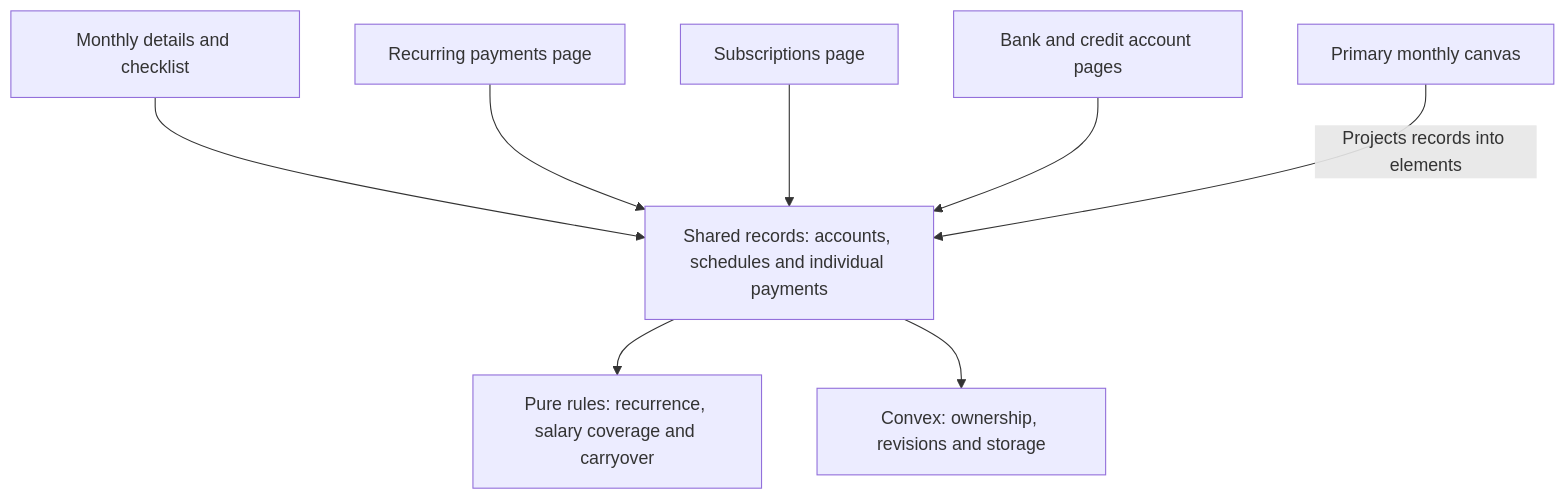
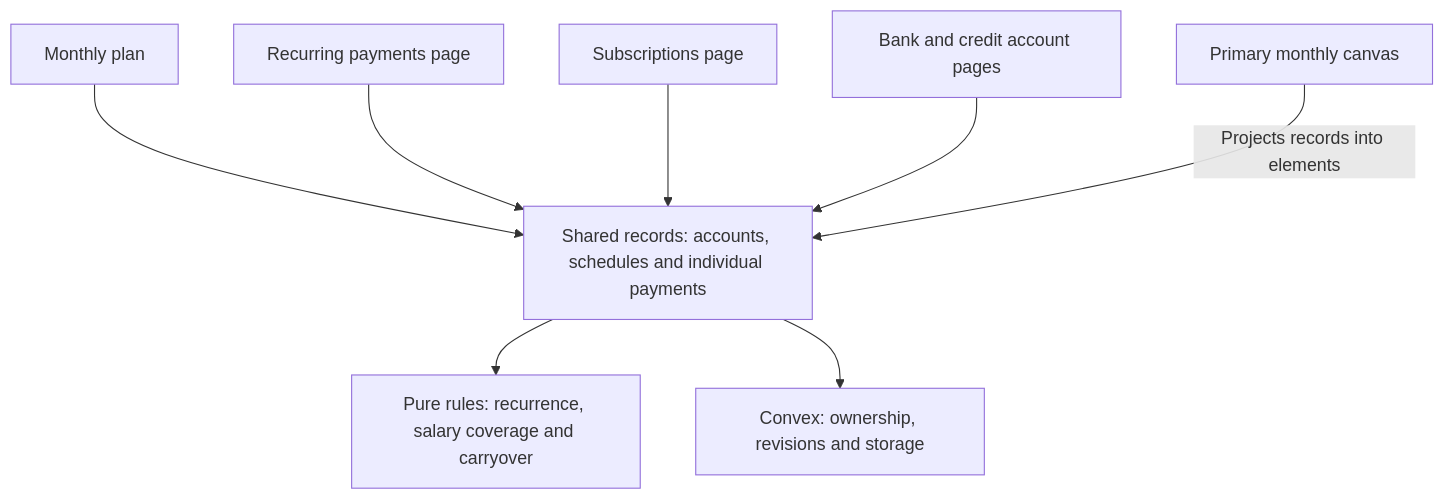
Before and after one commit to chvaldez10/fin-strat: the third of 8 diagrams in personal-dashboard/docs/technical/money-flow-canvas.md, drawn with Mermaid. The commit also changed other lines of this file and 64 other files, not shown here.

````diff
--- a/personal-dashboard/docs/technical/money-flow-canvas.md
+++ b/personal-dashboard/docs/technical/money-flow-canvas.md
@@ -194,19 +199,19 @@
 ```mermaid
 flowchart TD
-    Month["Monthly details and checklist"]
+    Month["Monthly plan"]
     Bills["Recurring payments page"]
     Subs["Subscriptions page"]
     Accounts["Bank and credit account pages"]
     Canvas["Primary monthly canvas"]
     Records["Shared records: accounts, schedules and individual payments"]
     Rules["Pure rules: recurrence, salary coverage and carryover"]
     Server["Convex: ownership, revisions and storage"]
 
     Month --> Records
     Bills --> Records
     Subs --> Records
     Accounts --> Records
     Canvas -->|Projects records into elements| Records
     Records --> Rules
     Records --> Server
 ```
````
